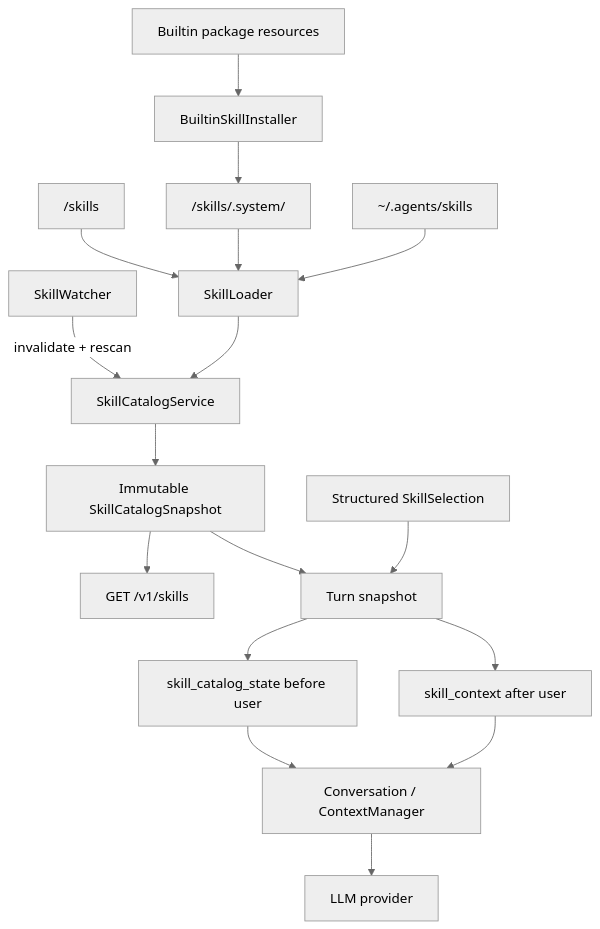
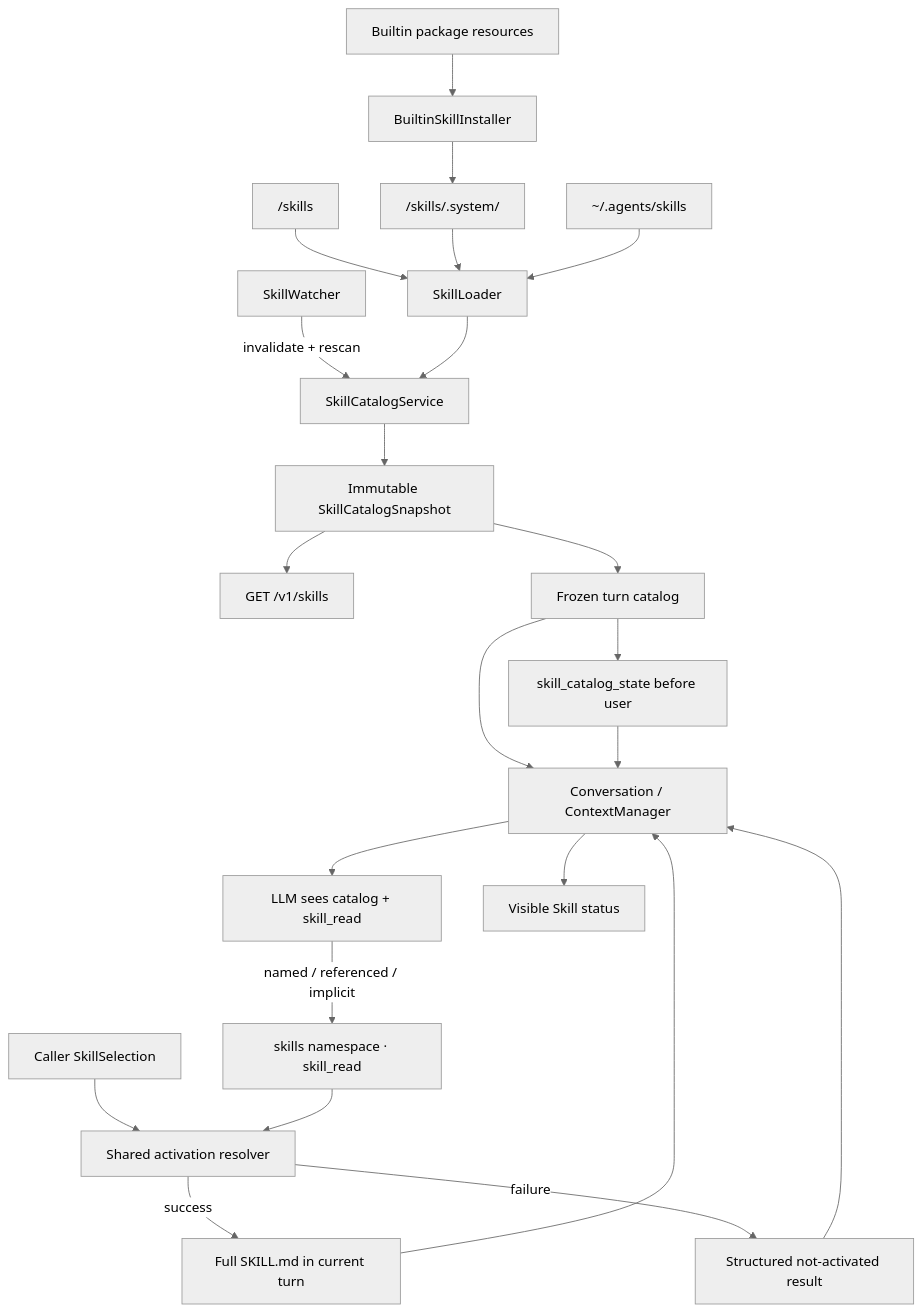
Before and after one commit to A1m233/agent-friend: the diagram in docs/requirements/076-agent-skill-system/design.md, drawn with Mermaid (neutral theme). The commit also changed other lines of this file and 35 other files, not shown here.

````diff
--- a/docs/requirements/076-agent-skill-system/design.md
+++ b/docs/requirements/076-agent-skill-system/design.md
@@ -59,19 +66,25 @@
 ```mermaid
 flowchart TB
     B["Builtin package resources"] --> I["BuiltinSkillInstaller"]
     I --> BR["<user_data>/skills/.system/<fingerprint>"]
     P["<user_data>/skills"] --> L["SkillLoader"]
     BR --> L
     S["~/.agents/skills"] --> L
     W["SkillWatcher"] -->|"invalidate + rescan"| CS["SkillCatalogService"]
     L --> CS
     CS --> SNAP["Immutable SkillCatalogSnapshot"]
     SNAP --> API["GET /v1/skills"]
-    SNAP --> T["Turn snapshot"]
-    SEL["Structured SkillSelection"] --> T
+    SNAP --> T["Frozen turn catalog"]
+    CALLER["Caller SkillSelection"] --> R["Shared activation resolver"]
     T --> CAT["skill_catalog_state before user"]
-    T --> BODY["skill_context after user"]
-    CAT --> C["Conversation / ContextManager"]
+    T --> C["Conversation / ContextManager"]
+    CAT --> C
+    C --> M["LLM sees catalog + skill_read"]
+    M -->|"named / referenced / implicit"| TOOL["skills namespace · skill_read"]
+    TOOL --> R
+    R -->|"success"| BODY["Full SKILL.md in current turn"]
+    R -->|"failure"| ERR["Structured not-activated result"]
     BODY --> C
-    C --> M["LLM provider"]
+    ERR --> C
+    C --> UI["Visible Skill status"]
 ```
````
